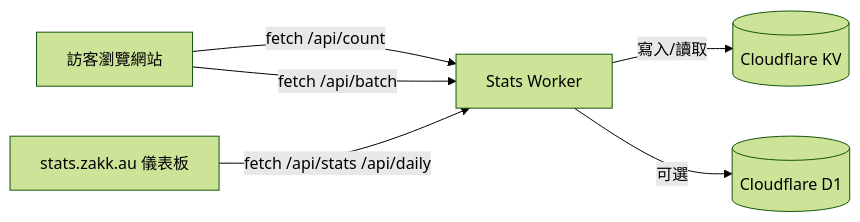
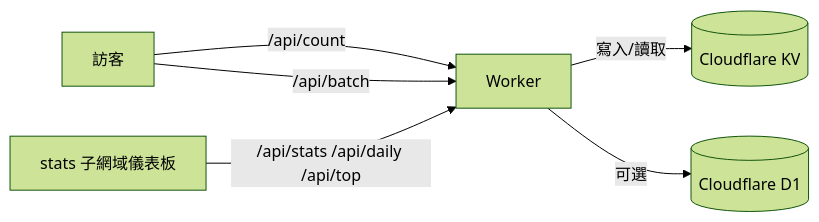
The diagram in content/posts/cloudflare-stats-deployment/index.zh-tw.md (Zakkaus/blog), drawn with Mermaid (forest theme) before and after one commit. The commit also changed other lines of this file, not shown here.

Commit message:
更新子專案提交，標記為 dirty 狀態，並調整 Cloudflare Stats Worker 部署文檔內容，優化可讀性與結構

````diff
--- a/content/posts/cloudflare-stats-deployment/index.zh-tw.md
+++ b/content/posts/cloudflare-stats-deployment/index.zh-tw.md
@@ -61,8 +49,8 @@
 ```mermaid
 graph LR
-  Browser[訪客瀏覽網站] -->|fetch /api/count| Worker[Stats Worker]
-  Browser -->|fetch /api/batch| Worker
+  User[訪客] -->|/api/count| Worker
+  User -->|/api/batch| Worker
+  Dashboard[stats 子網域儀表板] -->|/api/stats /api/daily /api/top| Worker
   Worker -->|寫入/讀取| KV[(Cloudflare KV)]
   Worker -->|可選| D1[(Cloudflare D1)]
-  Dashboard[stats.zakk.au 儀表板] -->|fetch /api/stats /api/daily| Worker
 ```
````
